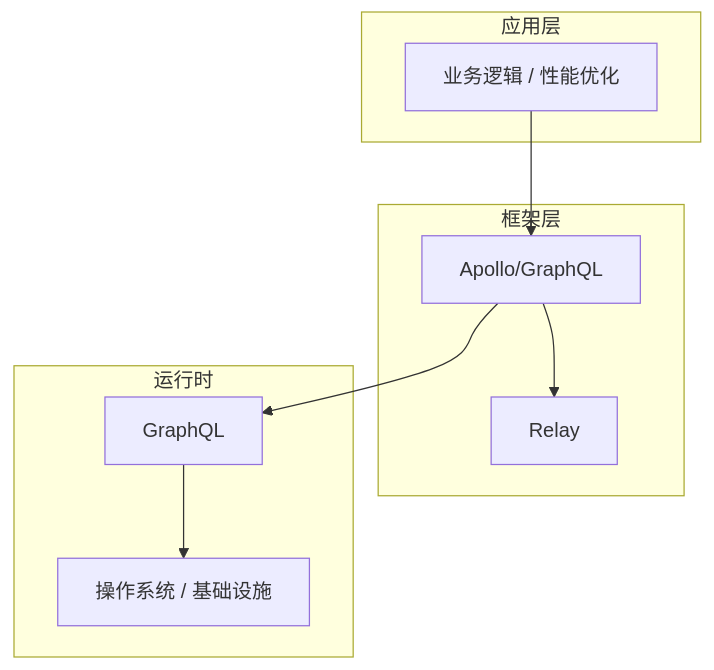
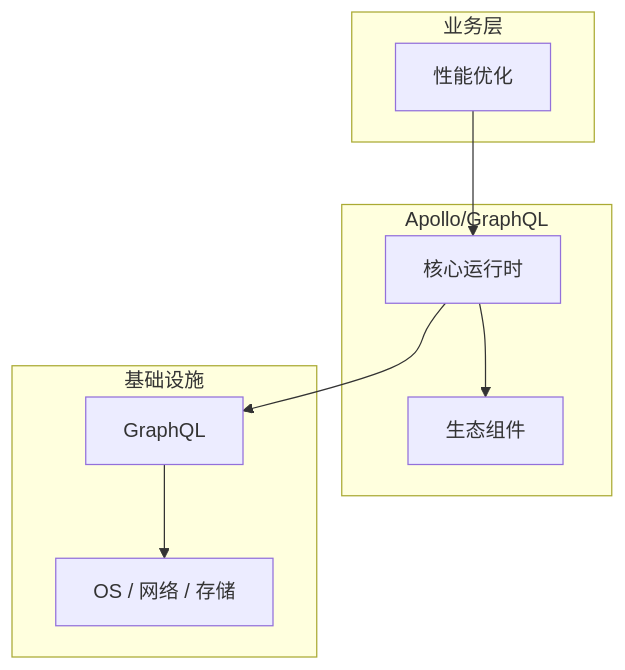
The diagram in articles/GraphQL/chapters/041-性能优化核心概念与原理.md (yanggan2015/knowledge-json-v2), drawn with Mermaid before and after one commit. The commit also changed other lines of this file and 10127 other files, not shown here.

````diff
--- a/articles/GraphQL/chapters/041-性能优化核心概念与原理.md
+++ b/articles/GraphQL/chapters/041-性能优化核心概念与原理.md
@@ -45,18 +34,18 @@
 ```mermaid
 graph TB
-    subgraph 应用层
-        A[业务逻辑 / 性能优化]
+    subgraph 业务层
+        A[性能优化]
     end
-    subgraph 框架层
-        B[Apollo/GraphQL]
-        C[Relay]
+    subgraph Apollo/GraphQL
+        B[核心运行时]
+        C[生态组件]
     end
-    subgraph 运行时
+    subgraph 基础设施
         D[GraphQL]
-        E[操作系统 / 基础设施]
+        E[OS / 网络 / 存储]
     end
     A --> B
     B --> C
     B --> D
     D --> E
 ```
````
